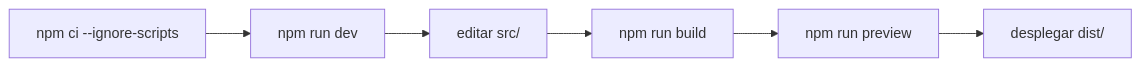
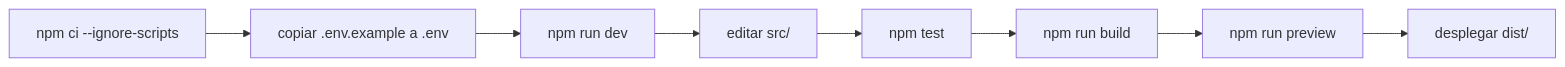
Before and after one commit to JHONZ-01/Proyect_love: the fifth of 5 diagrams in docs/FLUJO.md, drawn with Mermaid. The commit also changed other lines of this file and 73 other files, not shown here.

````diff
--- a/docs/FLUJO.md
+++ b/docs/FLUJO.md
@@ -61,8 +92,10 @@
 ```mermaid
 flowchart LR
-    A[npm ci --ignore-scripts] --> B[npm run dev]
-    B --> C[editar src/]
-    C --> D[npm run build]
-    D --> E[npm run preview]
-    E --> F[desplegar dist/]
+    A["npm ci --ignore-scripts"] --> B[copiar .env.example a .env]
+    B --> C[npm run dev]
+    C --> D[editar src/]
+    D --> T[npm test]
+    T --> E[npm run build]
+    E --> F[npm run preview]
+    F --> G[desplegar dist/]
 ```
````
